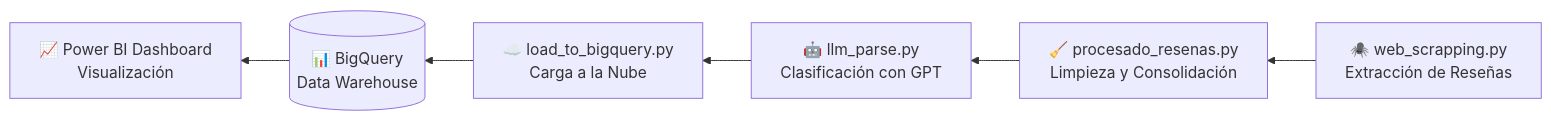
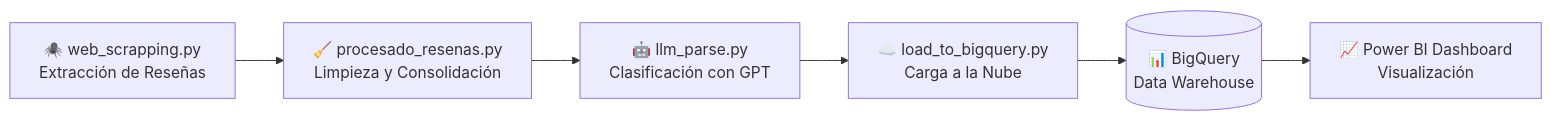
One commit to franciscogonzalez-gal/investigacion_data_science changed the diagram in README.md. Above: the diagram before and after it, drawn with Mermaid.

Commit message:
Change graph direction from RL to LR

````diff
--- a/README.md
+++ b/README.md
@@ -180,9 +180,9 @@
 ```mermaid
-graph RL
+graph LR
     A[🕷️ web_scrapping.py<br/>Extracción de Reseñas] 
     A --> B[🧹 procesado_resenas.py<br/>Limpieza y Consolidación]
     B --> C[🤖 llm_parse.py<br/>Clasificación con GPT]
     C --> D[☁️ load_to_bigquery.py<br/>Carga a la Nube]
     D --> E[(📊 BigQuery<br/>Data Warehouse)]
     E --> F[📈 Power BI Dashboard<br/>Visualización]
 ```
````
